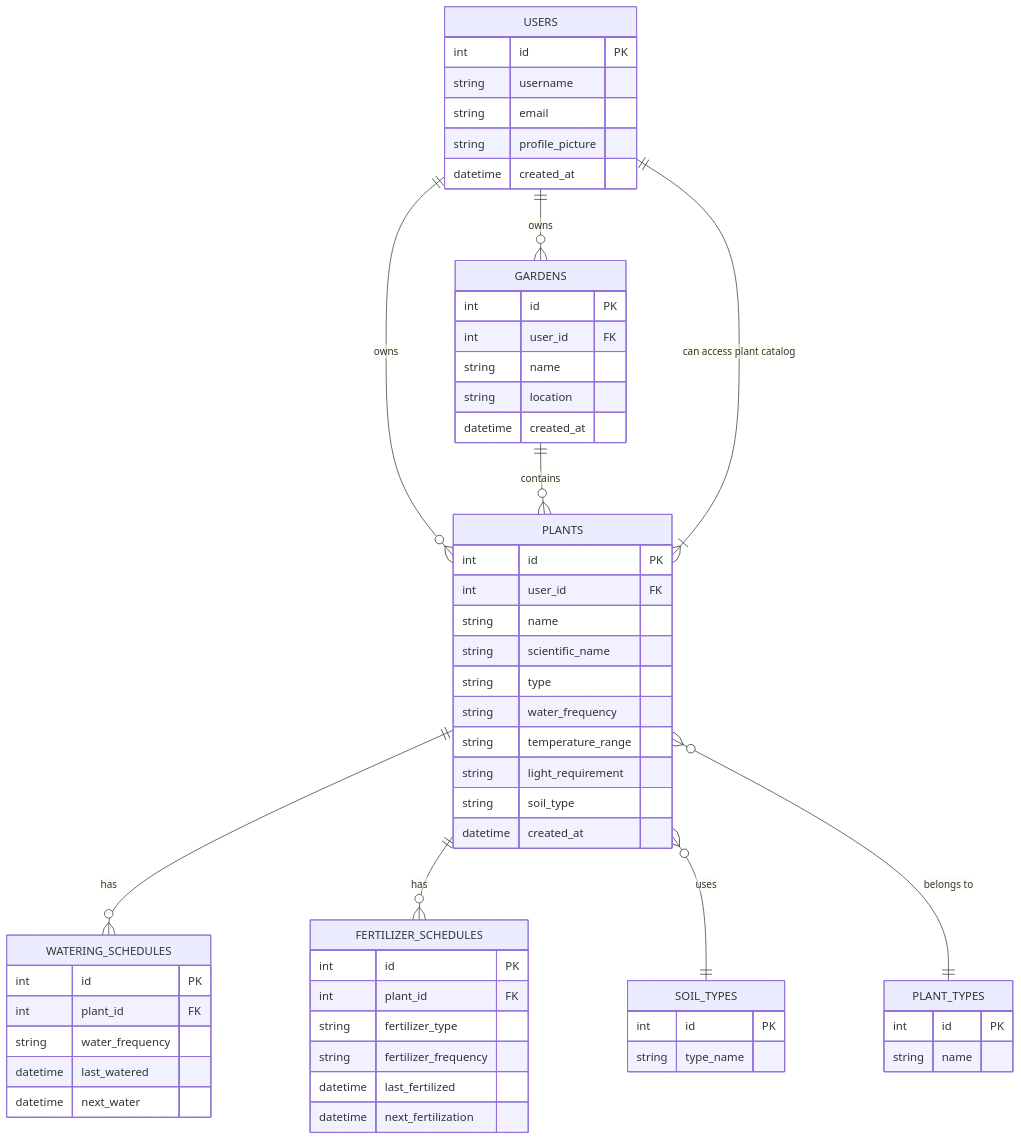
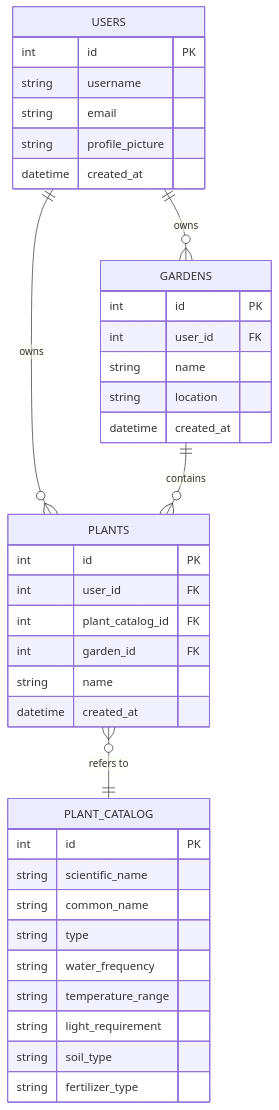
The diagram in docs/_posts/2024-11-14-database.md (Green-Fingers-App/gardeningApp), drawn with Mermaid before and after one commit.

```diff
--- a/docs/_posts/2024-11-14-database.md
+++ b/docs/_posts/2024-11-14-database.md
@@ -8,64 +8,41 @@
 <div class="mermaid">
 erDiagram
     USERS {
         int id PK
         string username
         string email
         string profile_picture
         datetime created_at
     }
-    PLANTS {
+    PLANT_CATALOG {
         int id PK
-        int user_id FK
-        string name
         string scientific_name
+        string common_name
         string type
         string water_frequency
         string temperature_range
         string light_requirement
         string soil_type
+        string fertilizer_type
+    }
+    PLANTS {
+        int id PK
+        int user_id FK
+        int plant_catalog_id FK
+        int garden_id FK
+        string name
         datetime created_at
     }
     GARDENS {
         int id PK
         int user_id FK
         string name
         string location
         datetime created_at
     }
-    WATERING_SCHEDULES {
-        int id PK
-        int plant_id FK
-        string water_frequency
-        datetime last_watered
-        datetime next_water
-    }
-    FERTILIZER_SCHEDULES {
-        int id PK
-        int plant_id FK
-        string fertilizer_type
-        string fertilizer_frequency
-        datetime last_fertilized
-        datetime next_fertilization
-    }
-    SOIL_TYPES {
-        int id PK
-        string type_name
-    }
-    PLANT_TYPES {
-        int id PK
-        string name
-    }
 
-    %% Define relationships to indicate subcollections
-    USERS ||--o{ PLANTS : "owns" 
+    USERS ||--o{ PLANTS : "owns"
     USERS ||--o{ GARDENS : "owns"
-    PLANTS ||--o{ WATERING_SCHEDULES : "has"
-    PLANTS ||--o{ FERTILIZER_SCHEDULES : "has"
-    PLANTS }o--|| SOIL_TYPES : "uses"
-    PLANTS }o--|| PLANT_TYPES : "belongs to"
+    PLANTS }o--|| PLANT_CATALOG : "refers to"
     GARDENS ||--o{ PLANTS : "contains"
-    
-    %% Additional Relationships for Shared Collections
-    USERS ||--|{ PLANTS : "can access plant catalog"
 </div>
```
